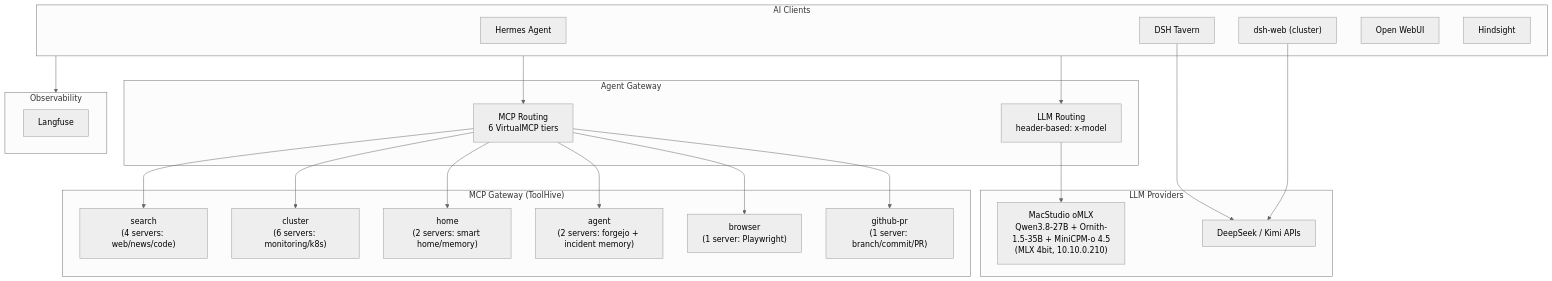
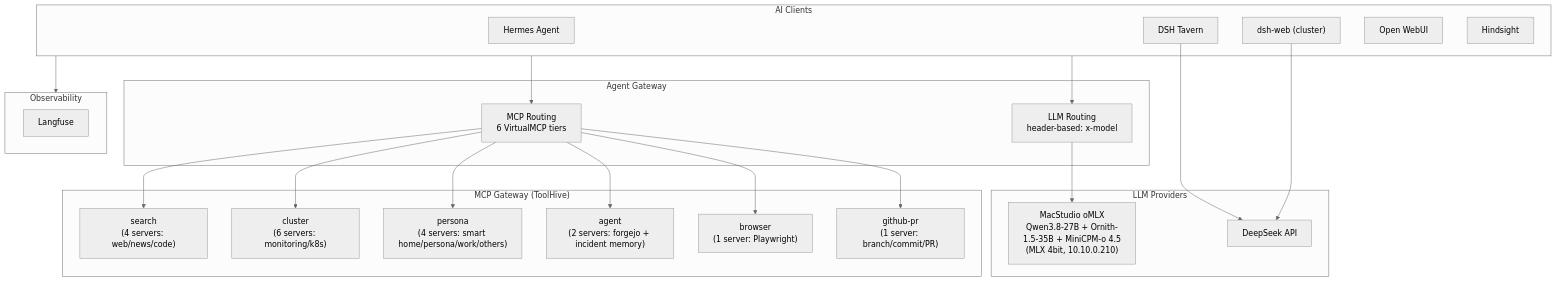
Before and after one commit to soulwhisper/home-ops: the diagram in docs/application/ai.md, drawn with Mermaid (neutral theme). The commit also changed other lines of this file and 30 other files, not shown here.

First line of the commit message:
feat(servitor-apps): persona memory banks and DSH provider cleanup

````diff
--- a/docs/application/ai.md
+++ b/docs/application/ai.md
@@ -8,46 +8,46 @@
 ```mermaid
 flowchart TB
     subgraph Clients["AI Clients"]
         Hermes["Hermes Agent"]
         Tavern["DSH Tavern"]
         DSHW["dsh-web (cluster)"]
         OWUI["Open WebUI"]
         HS["Hindsight"]
     end
 
     subgraph Gateway["Agent Gateway"]
         AG-LLM["LLM Routing<br/>header-based: x-model"]
         AG-MCP["MCP Routing<br/>6 VirtualMCP tiers"]
     end
 
     subgraph LLM["LLM Providers"]
         Studio["MacStudio oMLX<br/>Qwen3.8-27B + Ornith-1.5-35B + MiniCPM-o 4.5<br/>(MLX 4bit, 10.10.0.210)"]
-        External["DeepSeek / Kimi APIs"]
+        External["DeepSeek API"]
     end
 
     subgraph MCP["MCP Gateway (ToolHive)"]
         VMCP-SEARCH["search<br/>(4 servers: web/news/code)"]
         VMCP-CLUSTER["cluster<br/>(6 servers: monitoring/k8s)"]
-        VMCP-HOME["home<br/>(2 servers: smart home/memory)"]
+        VMCP-HOME["persona<br/>(4 servers: smart home/persona/work/others)"]
         VMCP-AGENT["agent<br/>(2 servers: forgejo + incident memory)"]
         VMCP-BROWSER["browser<br/>(1 server: Playwright)"]
         VMCP-GITHUBPR["github-pr<br/>(1 server: branch/commit/PR)"]
     end
 
     subgraph Obs["Observability"]
         Langfuse["Langfuse"]
     end
 
     Clients --> AG-LLM
     Clients --> AG-MCP
     AG-LLM --> Studio
     AG-MCP --> VMCP-SEARCH
     AG-MCP --> VMCP-CLUSTER
     AG-MCP --> VMCP-HOME
     AG-MCP --> VMCP-AGENT
     AG-MCP --> VMCP-BROWSER
     AG-MCP --> VMCP-GITHUBPR
     Tavern --> External
     DSHW --> External
     Clients --> Obs
 ```
````
